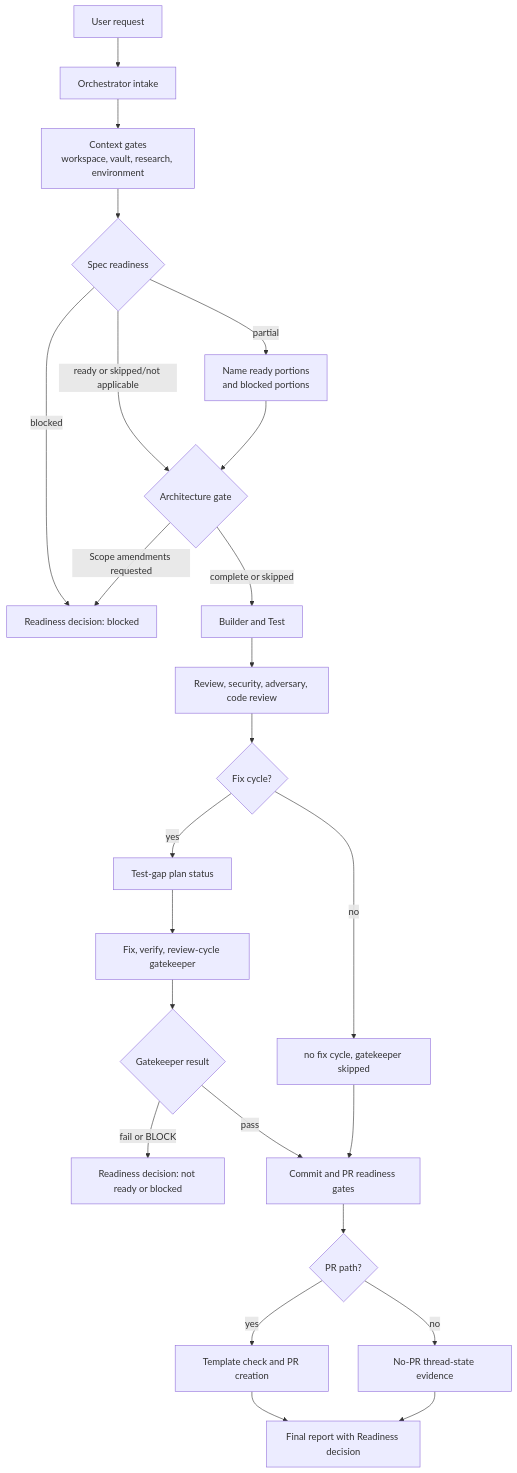
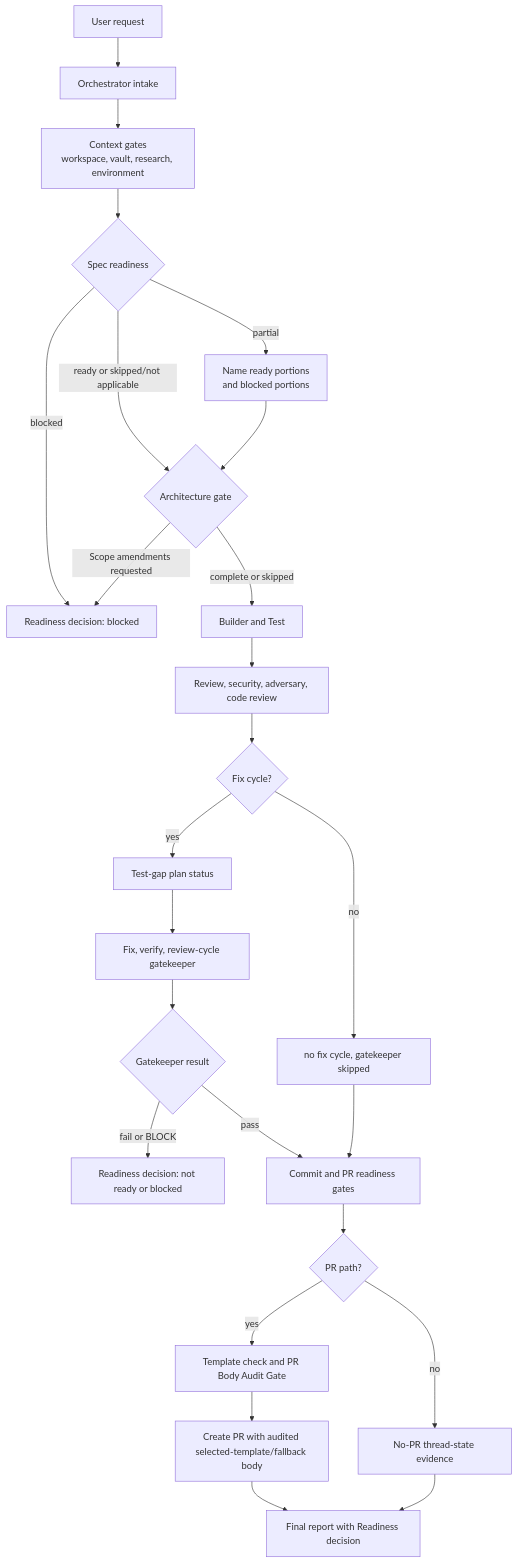
The first of 7 diagrams in agentic-engineering/docs/README.md (sjinks/agentic-engineering-pack), drawn with Mermaid before and after one commit. The commit also changed other lines of this file and 9 other files, not shown here.

First line of the commit message:
fix(pr): require audited bodies before creation

````diff
--- a/agentic-engineering/docs/README.md
+++ b/agentic-engineering/docs/README.md
@@ -23,26 +25,27 @@
 ```mermaid
 flowchart TD
     A["User request"] --> B["Orchestrator intake"]
     B --> C["Context gates\nworkspace, vault, research, environment"]
     C --> D{"Spec readiness"}
     D -->|"blocked"| X["Readiness decision: blocked"]
     D -->|"partial"| E["Name ready portions\nand blocked portions"]
     D -->|"ready or skipped/not applicable"| F{"Architecture gate"}
     E --> F
     F -->|"Scope amendments requested"| X
     F -->|"complete or skipped"| G["Builder and Test"]
     G --> H["Review, security, adversary, code review"]
     H --> I{"Fix cycle?"}
     I -->|"yes"| J["Test-gap plan status"]
     J --> K["Fix, verify, review-cycle gatekeeper"]
     K --> L{"Gatekeeper result"}
     L -->|"fail or BLOCK"| Y["Readiness decision: not ready or blocked"]
     L -->|"pass"| M["Commit and PR readiness gates"]
     I -->|"no"| N["no fix cycle, gatekeeper skipped"]
     N --> M
     M --> O{"PR path?"}
-    O -->|"yes"| P["Template check and PR creation"]
+    O -->|"yes"| P["Template check and PR Body Audit Gate"]
     O -->|"no"| Q["No-PR thread-state evidence"]
-    P --> R["Final report with Readiness decision"]
+    P --> PA["Create PR with audited selected-template/fallback body"]
+    PA --> R["Final report with Readiness decision"]
     Q --> R
 ```
````
